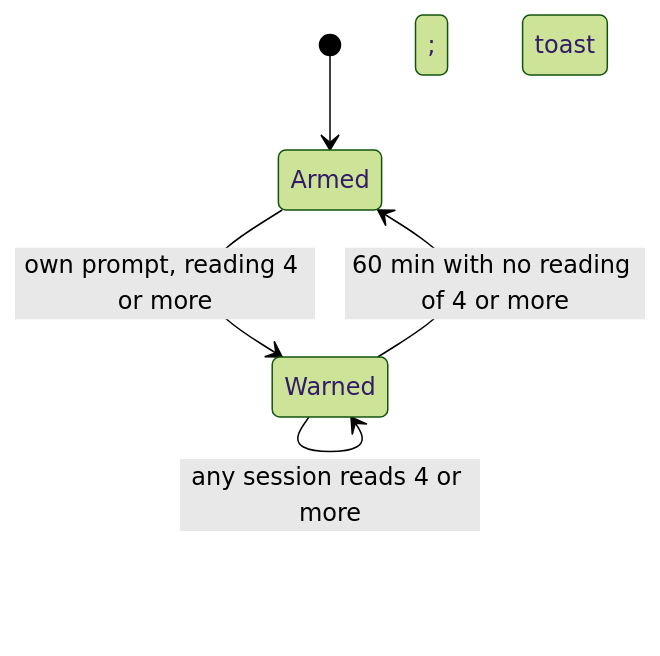
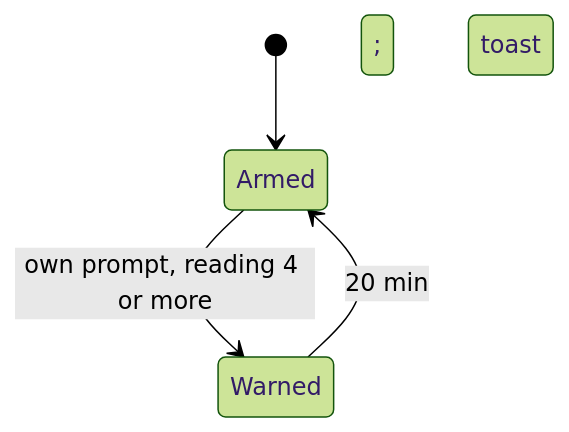
The diagram in docs/superpowers/specs/2026-11-24-cogload-active-sessions-warning-design.md (drakulavich/cogload), drawn with Mermaid (forest theme) before and after one commit. The commit also changed other lines of this file, not shown here.

````diff
--- a/docs/superpowers/specs/2026-11-24-cogload-active-sessions-warning-design.md
+++ b/docs/superpowers/specs/2026-11-24-cogload-active-sessions-warning-design.md
@@ -82,7 +96,6 @@
 ```mermaid
 stateDiagram-v2
     [*] --> Armed
     Armed --> Warned: own prompt, reading 4 or more; toast
-    Warned --> Warned: any session reads 4 or more
-    Warned --> Armed: 60 min with no reading of 4 or more
+    Warned --> Armed: 20 min
 ```
````
